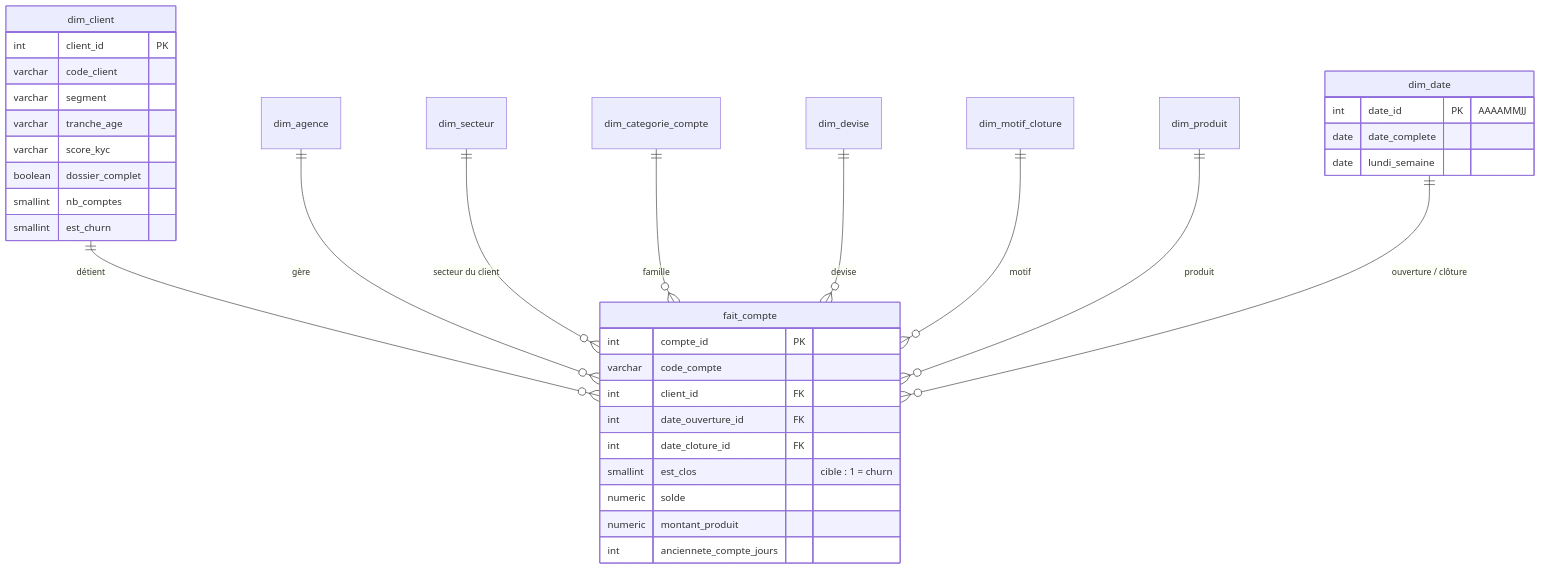
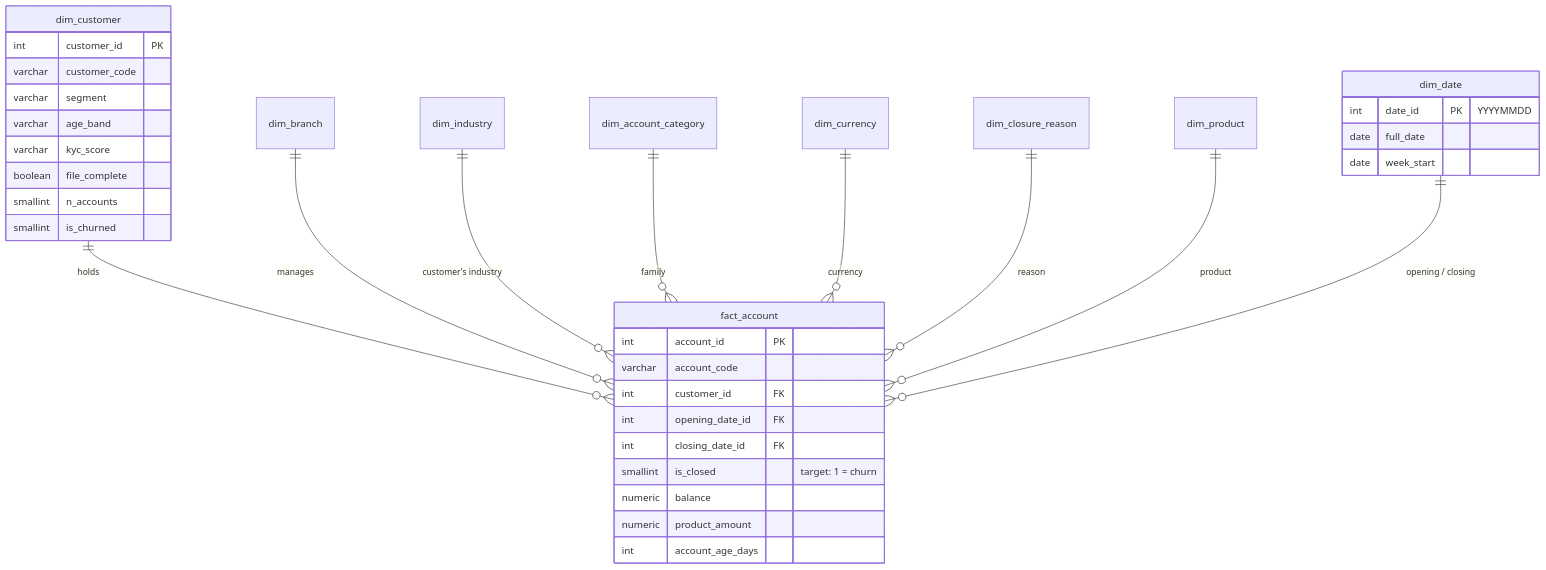
The diagram in 02_data_warehouse/README.md (raed1205/projet-integre-churn), drawn with Mermaid before and after one commit. The commit also changed other lines of this file and 18 other files, not shown here.

First line of the commit message:
Phase 2 in English: warehouse schema, checks, Python ETL, Talend specification, diagrams

````diff
--- a/02_data_warehouse/README.md
+++ b/02_data_warehouse/README.md
@@ -18,37 +18,37 @@
 ```mermaid
 erDiagram
-    dim_client           ||--o{ fait_compte : "détient"
-    dim_agence           ||--o{ fait_compte : "gère"
-    dim_secteur          ||--o{ fait_compte : "secteur du client"
-    dim_categorie_compte ||--o{ fait_compte : "famille"
-    dim_devise           ||--o{ fait_compte : "devise"
-    dim_motif_cloture    ||--o{ fait_compte : "motif"
-    dim_produit          ||--o{ fait_compte : "produit"
-    dim_date             ||--o{ fait_compte : "ouverture / clôture"
-    fait_compte {
-        int compte_id PK
-        varchar code_compte
-        int client_id FK
-        int date_ouverture_id FK
-        int date_cloture_id FK
-        smallint est_clos "cible : 1 = churn"
-        numeric solde
-        numeric montant_produit
-        int anciennete_compte_jours
+    dim_customer         ||--o{ fact_account : "holds"
+    dim_branch           ||--o{ fact_account : "manages"
+    dim_industry         ||--o{ fact_account : "customer's industry"
+    dim_account_category ||--o{ fact_account : "family"
+    dim_currency         ||--o{ fact_account : "currency"
+    dim_closure_reason   ||--o{ fact_account : "reason"
+    dim_product          ||--o{ fact_account : "product"
+    dim_date             ||--o{ fact_account : "opening / closing"
+    fact_account {
+        int account_id PK
+        varchar account_code
+        int customer_id FK
+        int opening_date_id FK
+        int closing_date_id FK
+        smallint is_closed "target: 1 = churn"
+        numeric balance
+        numeric product_amount
+        int account_age_days
     }
-    dim_client {
-        int client_id PK
-        varchar code_client
+    dim_customer {
+        int customer_id PK
+        varchar customer_code
         varchar segment
-        varchar tranche_age
-        varchar score_kyc
-        boolean dossier_complet
-        smallint nb_comptes
-        smallint est_churn
+        varchar age_band
+        varchar kyc_score
+        boolean file_complete
+        smallint n_accounts
+        smallint is_churned
     }
     dim_date {
-        int date_id PK "AAAAMMJJ"
-        date date_complete
-        date lundi_semaine
+        int date_id PK "YYYYMMDD"
+        date full_date
+        date week_start
     }
 ```
````
